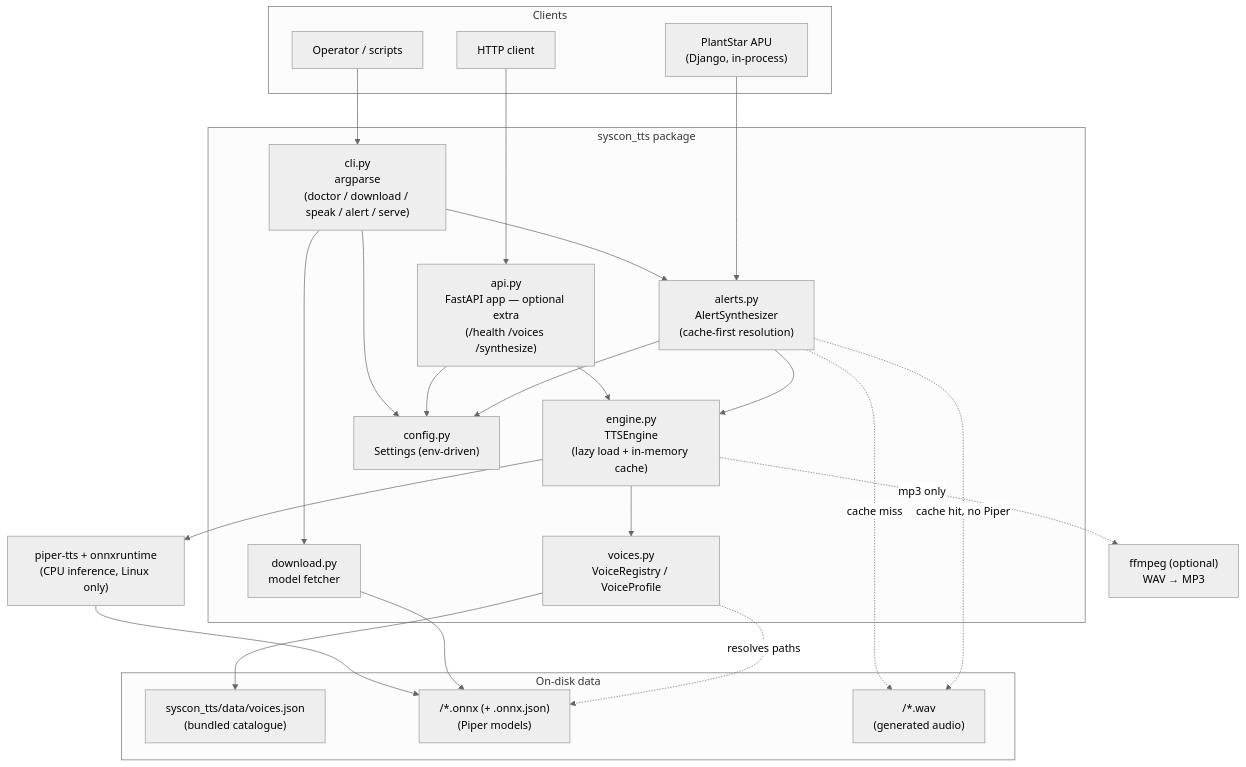
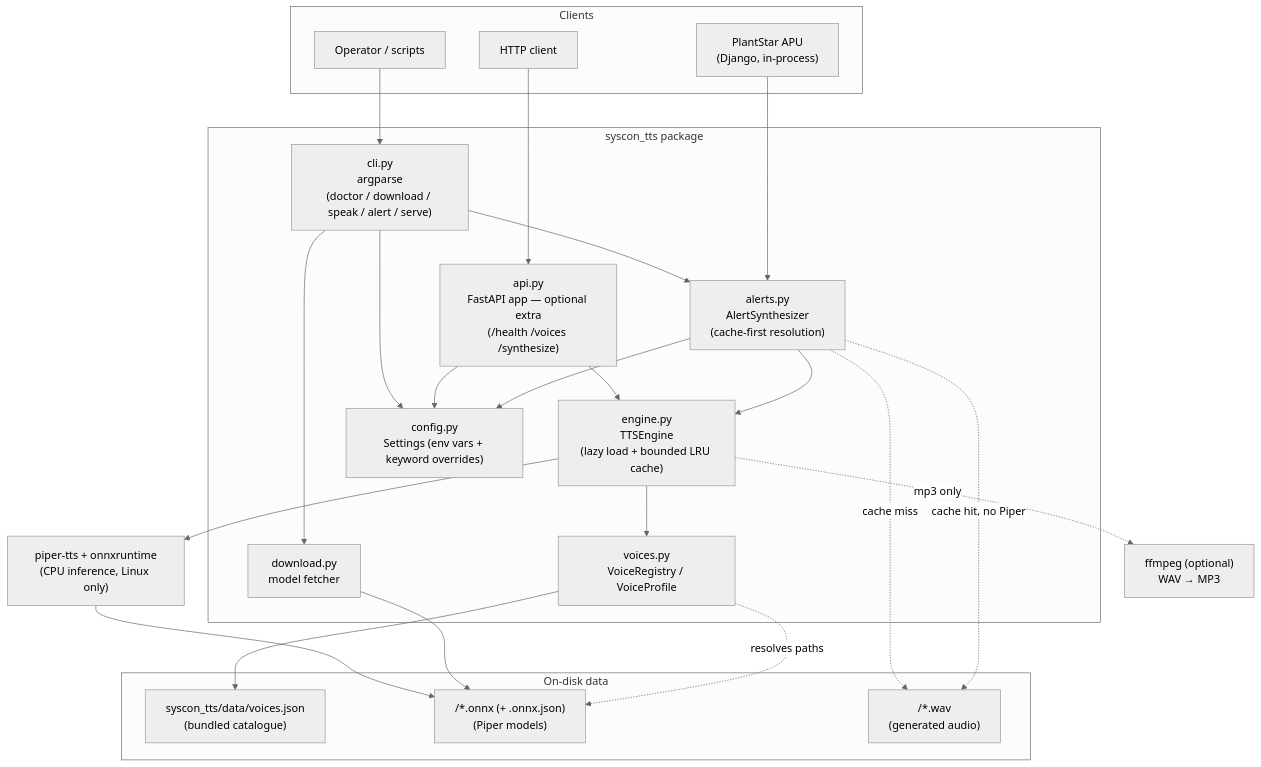
One commit to SYSCON-International/syscon_tts changed the diagram in docs/ARCHITECTURE.md. Above: the diagram before and after it, drawn with Mermaid (neutral theme). The commit also changed other lines of this file and 20 other files, not shown here.

````diff
--- a/docs/ARCHITECTURE.md
+++ b/docs/ARCHITECTURE.md
@@ -44,47 +44,47 @@
 ```mermaid
 flowchart TD
     subgraph Clients
         APU["PlantStar APU<br/>(Django, in-process)"]
         SHELL[Operator / scripts]
         HTTP[HTTP client]
     end
 
     subgraph Service["syscon_tts package"]
         ALERTS["alerts.py<br/>AlertSynthesizer<br/>(cache-first resolution)"]
         CLI["cli.py<br/>argparse<br/>(doctor / download / speak / alert / serve)"]
         API["api.py<br/>FastAPI app — optional extra<br/>(/health /voices /synthesize)"]
-        ENGINE["engine.py<br/>TTSEngine<br/>(lazy load + in-memory cache)"]
+        ENGINE["engine.py<br/>TTSEngine<br/>(lazy load + bounded LRU cache)"]
         REG["voices.py<br/>VoiceRegistry / VoiceProfile"]
         DL["download.py<br/>model fetcher"]
-        CFG["config.py<br/>Settings (env-driven)"]
+        CFG["config.py<br/>Settings (env vars + keyword overrides)"]
     end
 
     subgraph Data["On-disk data"]
         MANIFEST["syscon_tts/data/voices.json<br/>(bundled catalogue)"]
         MODELS["<voices_dir>/*.onnx (+ .onnx.json)<br/>(Piper models)"]
         WAVS["<alerts_dir>/*.wav<br/>(generated audio)"]
     end
 
     PIPER["piper-tts + onnxruntime<br/>(CPU inference, Linux only)"]
     FFMPEG["ffmpeg (optional)<br/>WAV → MP3"]
 
     APU --> ALERTS
     SHELL --> CLI
     HTTP --> API
     CLI --> ALERTS
     CLI --> DL
     ALERTS --> ENGINE
     API --> ENGINE
     ALERTS -. cache hit, no Piper .-> WAVS
     ALERTS -. cache miss .-> WAVS
     ENGINE --> REG
     REG --> MANIFEST
     REG -. resolves paths .-> MODELS
     DL --> MODELS
     ENGINE --> PIPER
     PIPER --> MODELS
     ENGINE -. mp3 only .-> FFMPEG
     ALERTS --> CFG
     API --> CFG
     CLI --> CFG
 ```
````
